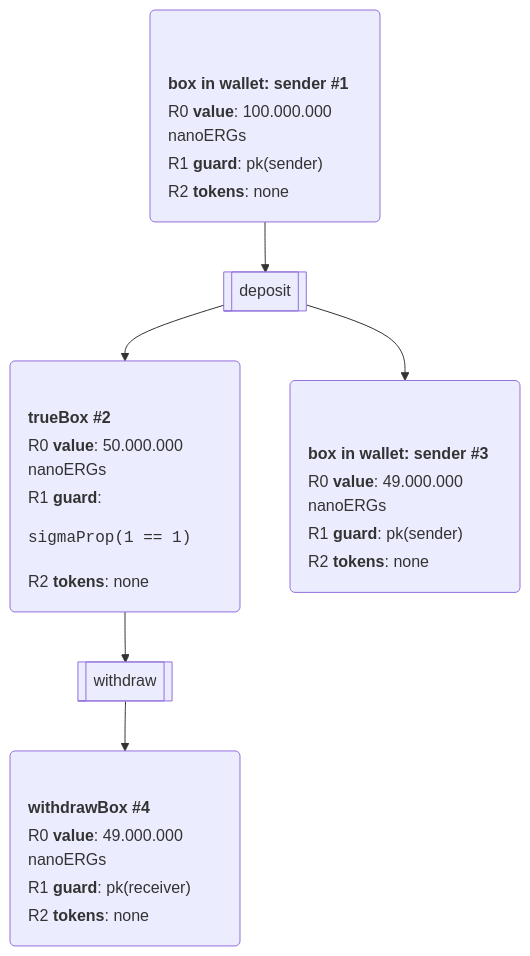
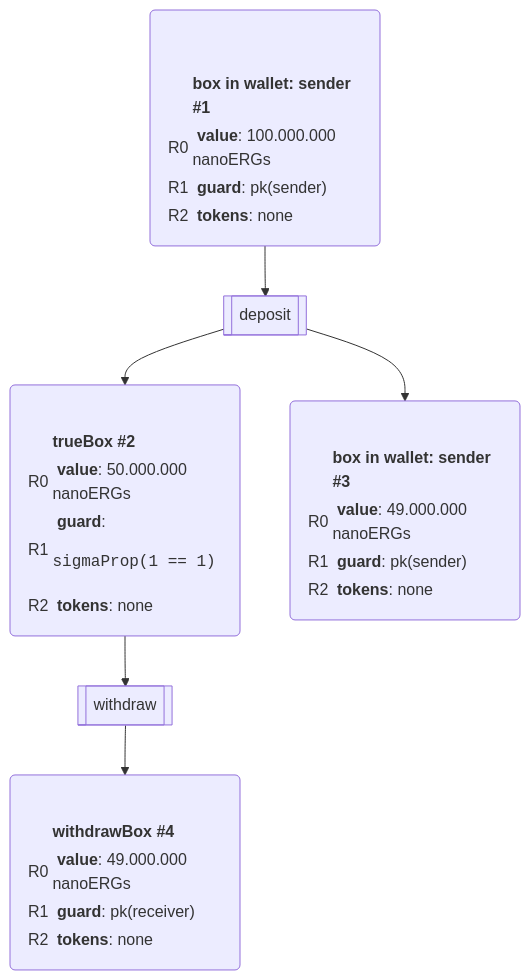
Before and after one commit to RalfWeiss/ergo-course-summary: the diagram in ergoscript/example-contracts/simpleSend.md, drawn with Mermaid. The commit also changed 3 other files, not shown here.

````diff
--- a/ergoscript/example-contracts/simpleSend.md
+++ b/ergoscript/example-contracts/simpleSend.md
@@ -5,45 +5,45 @@
 ```mermaid
 flowchart TD
 
   %% adjust margin-top: lines = 5; margin-top -12ex --> (lines-1) * 3 ex
   box1("<table style='text-align:left; margin-top: -9ex; margin-bottom: 0;' > 
-    <tr><th><b>box in wallet: sender #1</b></th></tr> 
-    <tr><td>R0 <b>value</b>: 100.000.000 nanoERGs</td></tr>     
-    <tr><td>R1 <b>guard</b>: pk(sender)</td></tr> 
-    <tr><td>R2 <b>tokens</b>: none</td></tr> 
+    <tr><th></th><th><b>box in wallet: sender #1</b></th></tr> 
+    <tr><td>R0</td><td> <b>value</b>: 100.000.000 nanoERGs</td></tr>     
+    <tr><td>R1</td><td> <b>guard</b>: pk(sender)</td></tr> 
+    <tr><td>R2</td><td> <b>tokens</b>: none</td></tr> 
     </table>")
 
   %% adjust margin-top: lines = 5; margin-top -12ex --> (lines-1) * 3 ex
   box2("<table style='text-align:left; margin-top: -11ex; margin-bottom: 0;' > 
-    <tr><th><b>trueBox #2</b></th></tr> 
-    <tr><td >R0 <b>value</b>: 50.000.000 nanoERGs</td></tr> 
-    <tr><td >R1 <b>guard</b>: <br/><pre>sigmaProp(1 == 1)</pre></td></tr> 
-    <tr><td>R2 <b>tokens</b>: none</td></tr> 
+    <tr><th></th><th><b>trueBox #2</b></th></tr> 
+    <tr><td>R0</td><td> <b>value</b>: 50.000.000 nanoERGs</td></tr> 
+    <tr><td>R1</td><td> <b>guard</b>: <br/><pre>sigmaProp(1 == 1)</pre></td></tr> 
+    <tr><td>R2</td><td> <b>tokens</b>: none</td></tr> 
     </table>  ")
 
-  box3("<table style='text-align:left; margin-top: -9ex; margin-bottom: 0;' > 
-    <tr><th><b>box in wallet: sender #3</b></th></tr> 
-    <tr><td>R0 <b>value</b>: 49.000.000 nanoERGs</td></tr>     
-    <tr><td>R1 <b>guard</b>: pk(sender)</td></tr> 
-    <tr><td>R2 <b>tokens</b>: none</td></tr> 
+  box3("<table style='text-align:left; margin-top: -11ex; margin-bottom: 0;' > 
+    <tr><th></th><th><b>box in wallet: sender #3</b></th></tr> 
+    <tr><td>R0</td><td> <b>value</b>: 49.000.000 nanoERGs</td></tr>     
+    <tr><td>R1</td><td> <b>guard</b>: pk(sender)</td></tr> 
+    <tr><td>R2</td><td> <b>tokens</b>: none</td></tr> 
     </table>")
 
   %% adjust margin-top: lines = 5; margin-top -12ex --> (lines-1) * 3 ex
   box4("<table style='text-align:left; margin-top: -11ex; margin-bottom: 0;' > 
-    <tr><th><b>withdrawBox #4</b></th></tr> 
-    <tr><td>R0 <b>value</b>: 49.000.000 nanoERGs</td></tr> 
-    <tr><td>R1 <b>guard</b>: pk(receiver)</td></tr> 
-    <tr><td>R2 <b>tokens</b>: none</td></tr>     
+    <tr><th></th><th><b>withdrawBox #4</b></th></tr> 
+    <tr><td>R0</td><td> <b>value</b>: 49.000.000 nanoERGs</td></tr> 
+    <tr><td>R1</td><td> <b>guard</b>: pk(receiver)</td></tr> 
+    <tr><td>R2</td><td> <b>tokens</b>: none</td></tr>     
     </table>  ")
 
 
   Tx1[["deposit"]]
   Tx2[["withdraw"]]
 
 
   box1 --> Tx1
   Tx1 --> box2
   Tx1 --> box3
   box2 --> Tx2 --> box4
 
 ```
````
